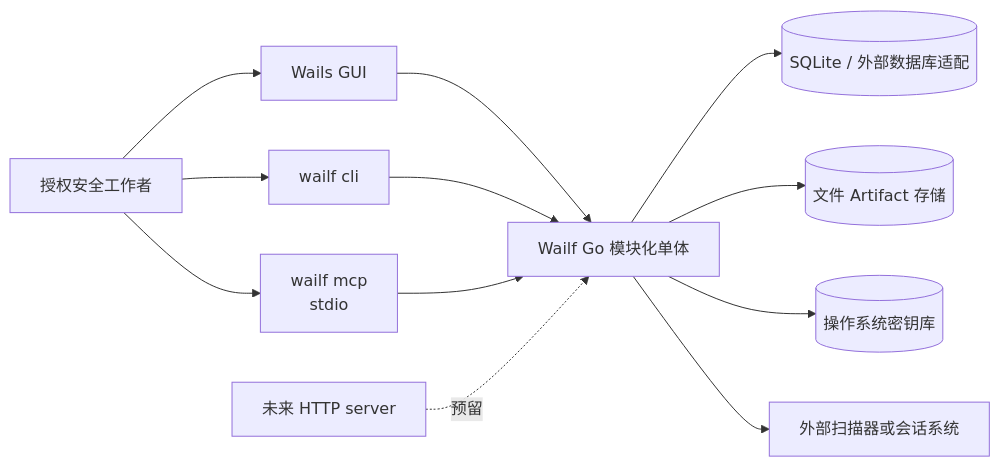
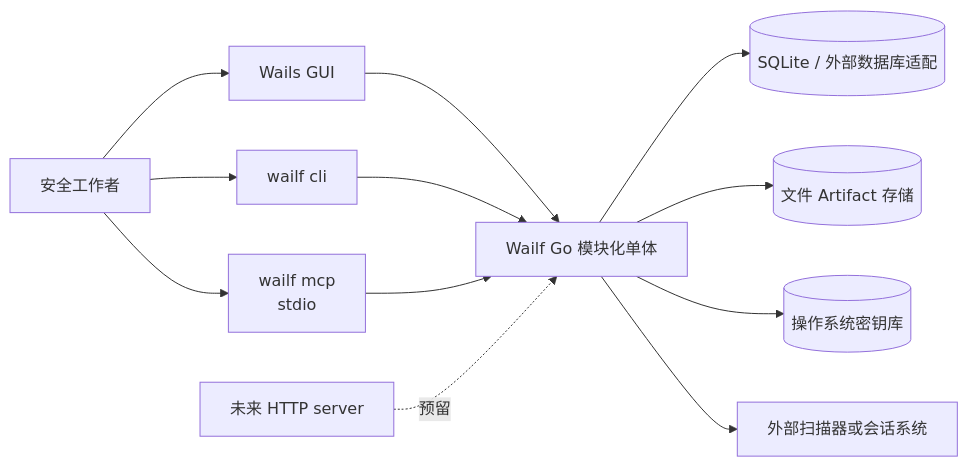
The first of 2 diagrams in docs/architecture/overview.md (only9464/Wailf), drawn with Mermaid before and after one commit. The commit also changed other lines of this file and 43 other files, not shown here.

````diff
--- a/docs/architecture/overview.md
+++ b/docs/architecture/overview.md
@@ -14,25 +14,25 @@
 ```mermaid
 flowchart LR
-    User[授权安全工作者]
+    User[安全工作者]
     GUI[Wails GUI]
     CLI[wailf cli]
     MCP[wailf mcp\nstdio]
     HTTP[未来 HTTP server]
     Core[Wailf Go 模块化单体]
     DB[(SQLite / 外部数据库适配)]
     Files[(文件 Artifact 存储)]
     Keychain[(操作系统密钥库)]
     Tools[外部扫描器或会话系统]
 
     User --> GUI
     User --> CLI
     User --> MCP
     GUI --> Core
     CLI --> Core
     MCP --> Core
     HTTP -. 预留 .-> Core
     Core --> DB
     Core --> Files
     Core --> Keychain
     Core --> Tools
 ```
````
